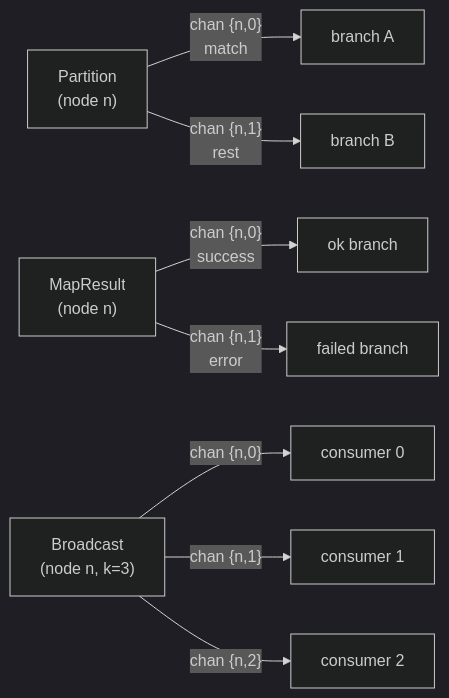
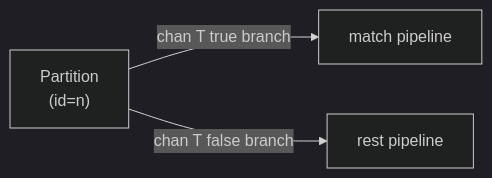
Before and after one commit to zenbaku/go-kitsune: the third of 14 diagrams in doc/internals.md, drawn with Mermaid (dark theme). The commit also changed other lines of this file and 61 other files, not shown here.

````diff
--- a/doc/internals.md
+++ b/doc/internals.md
@@ -127,12 +163,5 @@
 ```mermaid
 flowchart LR
-    P["Partition\n(node n)"] -->|"chan {n,0}\nmatch"| MA[branch A]
-    P -->|"chan {n,1}\nrest"| MB[branch B]
-
-    MR["MapResult\n(node n)"] -->|"chan {n,0}\nsuccess"| OK["ok branch"]
-    MR -->|"chan {n,1}\nerror"| FL["failed branch"]
-
-    BR["Broadcast\n(node n, k=3)"] -->|"chan {n,0}"| C0[consumer 0]
-    BR -->|"chan {n,1}"| C1[consumer 1]
-    BR -->|"chan {n,2}"| C2[consumer 2]
+    P["Partition\n(id=n)"] -->|"chan T true branch"| MA[match pipeline]
+    P -->|"chan T false branch"| MB[rest pipeline]
 ```
````
